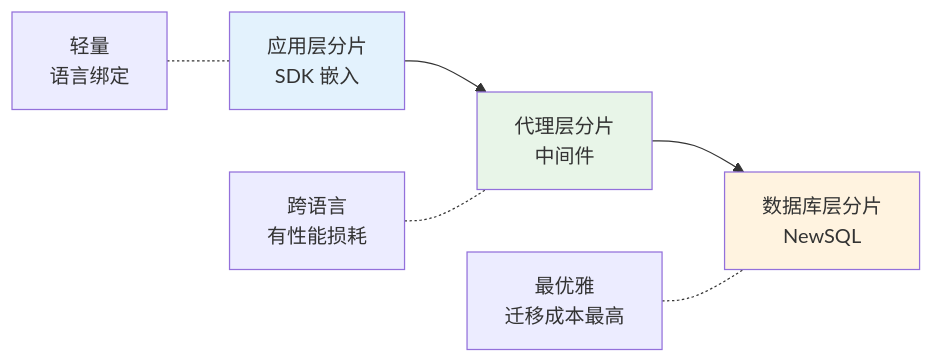
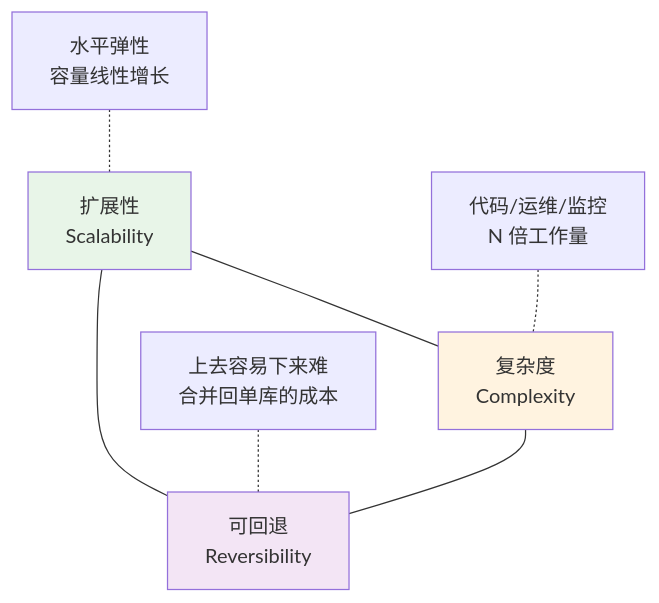
The first of 10 diagrams in docs/10.真经/05.方案设计思想/06.分库分表方案设计.md (chongyang211/YCBookBlog), drawn with Mermaid before and after one commit. The commit also changed other lines of this file and 36 other files, not shown here.

````diff
--- a/docs/10.真经/05.方案设计思想/06.分库分表方案设计.md
+++ b/docs/10.真经/05.方案设计思想/06.分库分表方案设计.md
@@ -167,12 +142,14 @@
 ```mermaid
-flowchart LR
-    A[应用层分片<br/>SDK 嵌入] --> B[代理层分片<br/>中间件] --> C[数据库层分片<br/>NewSQL]
+graph TB
+    A[扩展性<br/>Scalability] --- B[复杂度<br/>Complexity]
+    B --- C[可回退<br/>Reversibility]
+    C --- A
     
-    A1[轻量<br/>语言绑定] -.- A
-    B1[跨语言<br/>有性能损耗] -.- B
-    C1[最优雅<br/>迁移成本最高] -.- C
+    A1[水平弹性<br/>容量线性增长] -.- A
+    B1[代码/运维/监控<br/>N 倍工作量] -.- B
+    C1[上去容易下来难<br/>合并回单库的成本] -.- C
     
-    style A fill:#e3f2fd
-    style B fill:#e8f5e8
-    style C fill:#fff3e0
+    style A fill:#e8f5e8
+    style B fill:#fff3e0
+    style C fill:#f3e5f5
 ```
````
